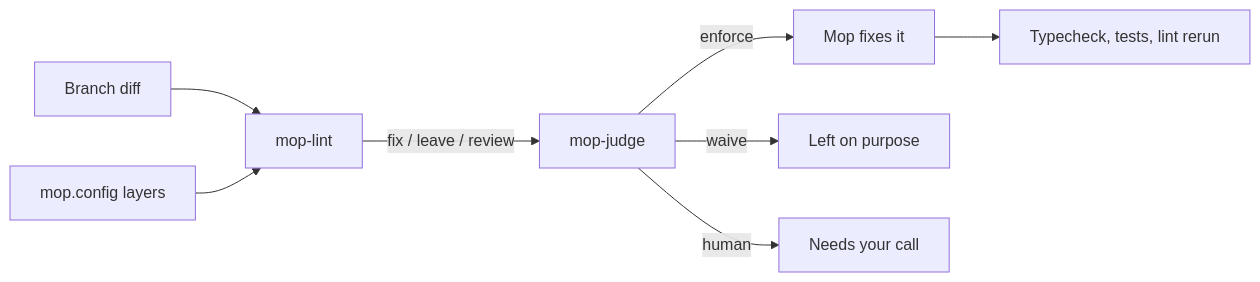
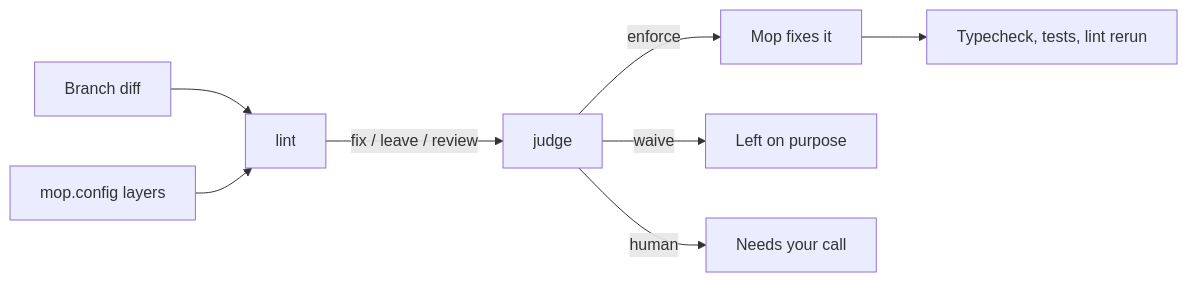
Before and after one commit to zico-io/mop: the diagram in docs/how-mop-works.md, drawn with Mermaid. The commit also changed other lines of this file and 21 other files, not shown here.

First line of the commit message:
feat!: rename the mop-lint and mop-judge CLIs to lint and judge

````diff
--- a/docs/how-mop-works.md
+++ b/docs/how-mop-works.md
@@ -11,10 +11,10 @@
 ```mermaid
 flowchart LR
-  A[Branch diff] --> B[mop-lint]
+  A[Branch diff] --> B[lint]
   C[mop.config layers] --> B
-  B -->|fix / leave / review| D[mop-judge]
+  B -->|fix / leave / review| D[judge]
   D -->|enforce| E[Mop fixes it]
   D -->|waive| F[Left on purpose]
   D -->|human| G[Needs your call]
   E --> H[Typecheck, tests, lint rerun]
 ```
````
